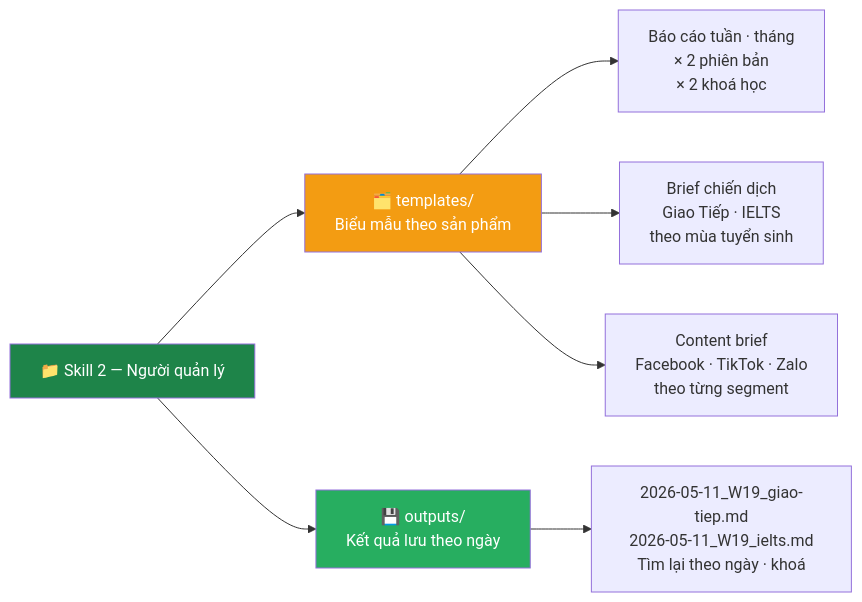
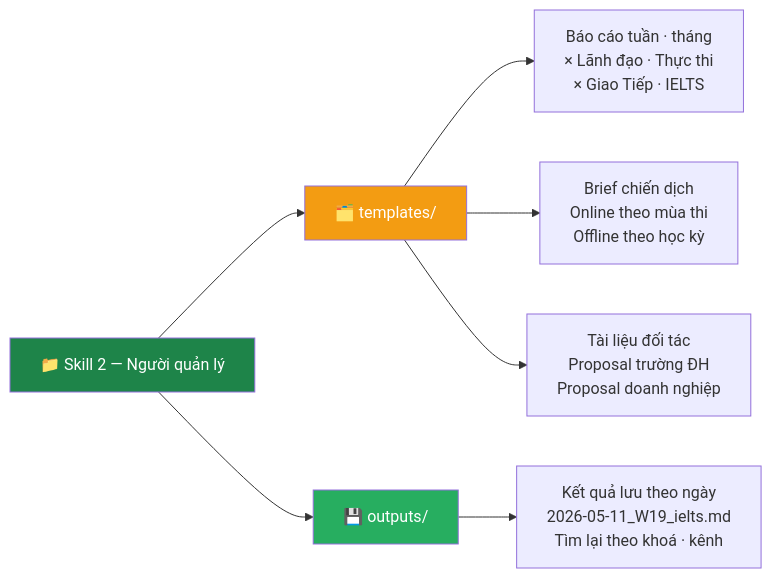
The fourth of 7 diagrams in README.md (bochidung642-blip/1-kh-ng-gian-l-m-vi-c-c-nh-n-v-i-c-c-skills), drawn with Mermaid before and after one commit. The commit also changed other lines of this file, not shown here.

First line of the commit message:
docs: cập nhật README theo thông tin thực tế từ trung tâm

````diff
--- a/README.md
+++ b/README.md
@@ -95,17 +120,17 @@
 ```mermaid
 flowchart LR
     S2["📁 Skill 2 — Người quản lý"]
 
-    S2 --> T["🗂️ templates/\nBiểu mẫu theo sản phẩm"]
-    S2 --> O["💾 outputs/\nKết quả lưu theo ngày"]
+    S2 --> T["🗂️ templates/"]
+    S2 --> O["💾 outputs/"]
 
-    T --> T1["Báo cáo tuần · tháng\n× 2 phiên bản\n× 2 khoá học"]
-    T --> T2["Brief chiến dịch\nGiao Tiếp · IELTS\ntheo mùa tuyển sinh"]
-    T --> T3["Content brief\nFacebook · TikTok · Zalo\ntheo từng segment"]
+    T --> T1["Báo cáo tuần · tháng\n× Lãnh đạo · Thực thi\n× Giao Tiếp · IELTS"]
+    T --> T2["Brief chiến dịch\nOnline theo mùa thi\nOffline theo học kỳ"]
+    T --> T3["Tài liệu đối tác\nProposal trường ĐH\nProposal doanh nghiệp"]
 
-    O --> O1["2026-05-11_W19_giao-tiep.md\n2026-05-11_W19_ielts.md\nTìm lại theo ngày · khoá"]
+    O --> O1["Kết quả lưu theo ngày\n2026-05-11_W19_ielts.md\nTìm lại theo khoá · kênh"]
 
     style S2 fill:#1E8449,color:#fff
     style T fill:#F39C12,color:#fff
     style O fill:#27AE60,color:#fff
 ```
````
